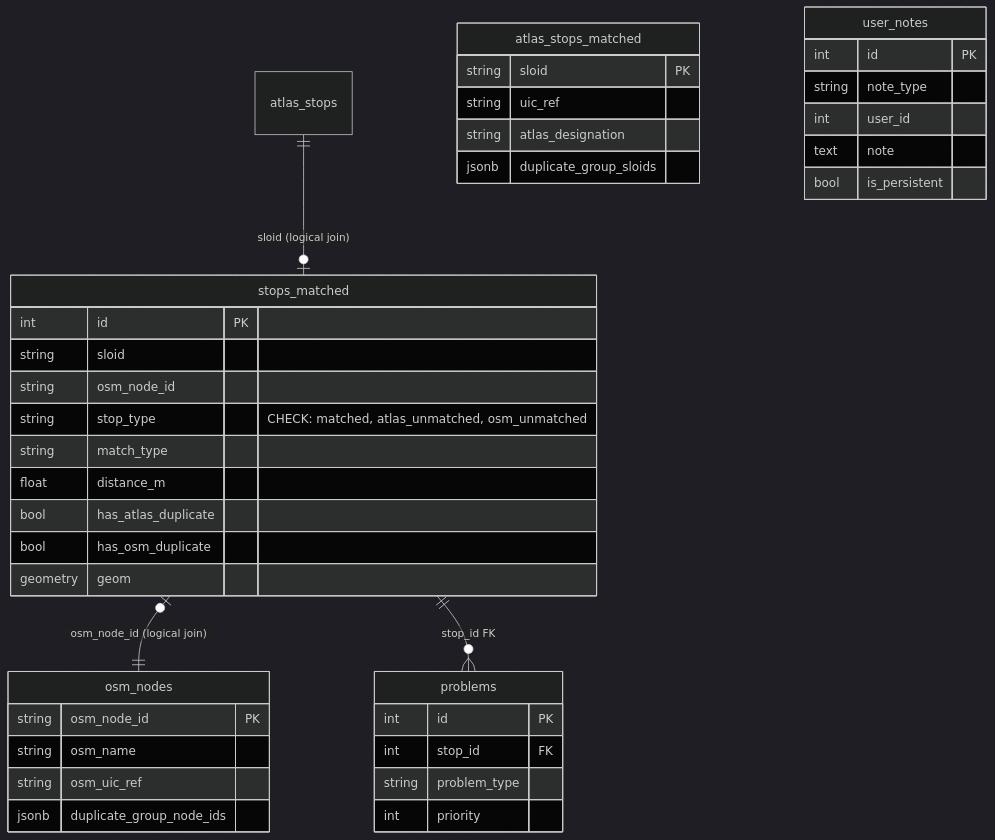
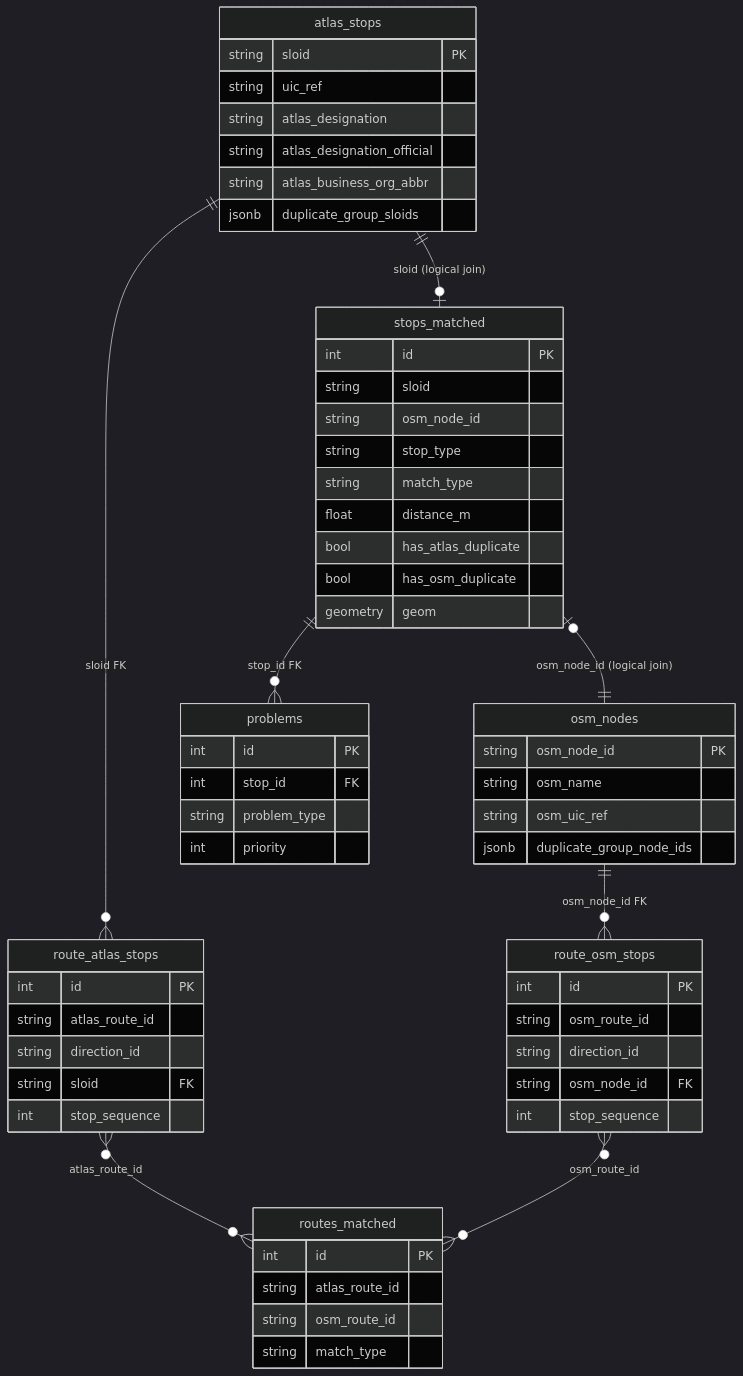
Before and after one commit to openTdataCH/stop_sync_osm_atlas: the diagram in documentation/4.1 Import DB Schema.md, drawn with Mermaid (dark theme). The commit also changed other lines of this file and 65 other files, not shown here.

Commit message:
cleaned user input and log in, created osm group

````diff
--- a/documentation/4.1 Import DB Schema.md
+++ b/documentation/4.1 Import DB Schema.md
@@ -9,47 +9,68 @@
 ```mermaid
 erDiagram
     atlas_stops ||--o| stops_matched : "sloid (logical join)"
     stops_matched |o--|| osm_nodes : "osm_node_id (logical join)"
     stops_matched ||--o{ problems : "stop_id FK"
+    atlas_stops ||--o{ route_atlas_stops : "sloid FK"
+    osm_nodes ||--o{ route_osm_stops : "osm_node_id FK"
+    route_atlas_stops }o--o{ routes_matched : "atlas_route_id"
+    route_osm_stops }o--o{ routes_matched : "osm_route_id"
 
     stops_matched {
         int id PK
         string sloid
         string osm_node_id
-        string stop_type "CHECK: matched, atlas_unmatched, osm_unmatched"
+        string stop_type
         string match_type
         float distance_m
         bool has_atlas_duplicate
         bool has_osm_duplicate
         geometry geom
     }
 
-    atlas_stops_matched {
+    atlas_stops {
         string sloid PK
         string uic_ref
         string atlas_designation
+        string atlas_designation_official
+        string atlas_business_org_abbr
         jsonb duplicate_group_sloids
     }
 
     osm_nodes {
         string osm_node_id PK
         string osm_name
         string osm_uic_ref
         jsonb duplicate_group_node_ids
     }
 
     problems {
         int id PK
         int stop_id FK
         string problem_type
         int priority
     }
 
-    user_notes {
+    route_atlas_stops {
         int id PK
-        string note_type
-        int user_id
-        text note
-        bool is_persistent
+        string atlas_route_id
+        string direction_id
+        string sloid FK
+        int stop_sequence
+    }
+
+    route_osm_stops {
+        int id PK
+        string osm_route_id
+        string direction_id
+        string osm_node_id FK
+        int stop_sequence
+    }
+
+    routes_matched {
+        int id PK
+        string atlas_route_id
+        string osm_route_id
+        string match_type
     }
 ```
````
